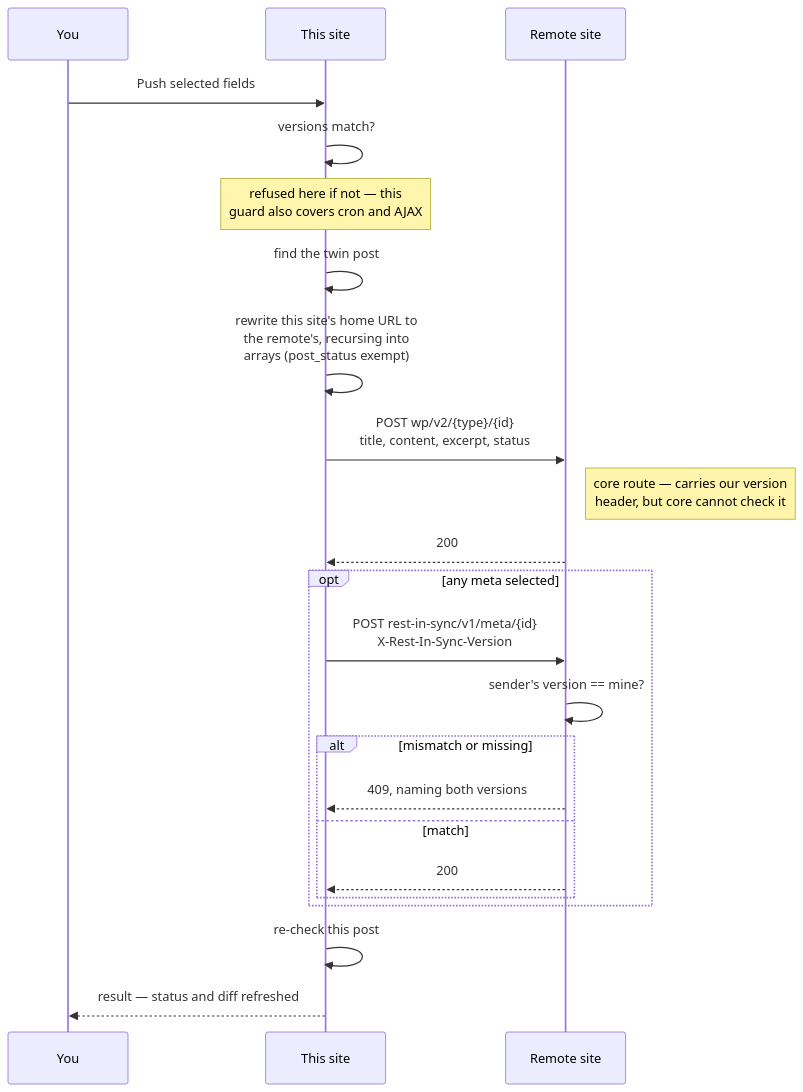
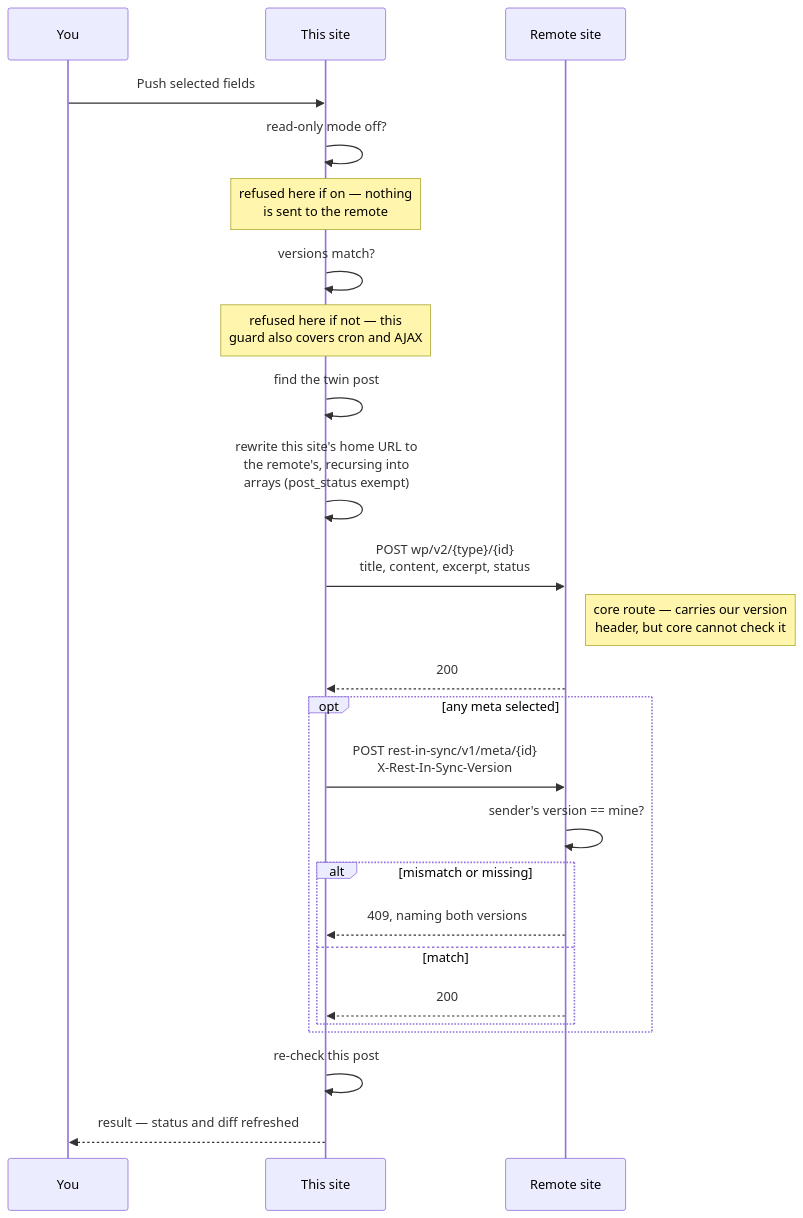
The third of 3 diagrams in README.md (lauzis/rest-in-sync), drawn with Mermaid before and after one commit. The commit also changed other lines of this file and 4 other files, not shown here.

````diff
--- a/README.md
+++ b/README.md
@@ -189,29 +197,31 @@
 ```mermaid
 sequenceDiagram
     participant U as You
     participant L as This site
     participant R as Remote site
 
     U->>L: Push selected fields
+    L->>L: read-only mode off?
+    Note over L: refused here if on — nothing<br/>is sent to the remote
     L->>L: versions match?
     Note over L: refused here if not — this<br/>guard also covers cron and AJAX
     L->>L: find the twin post
     L->>L: rewrite this site's home URL to<br/>the remote's, recursing into<br/>arrays (post_status exempt)
 
     L->>R: POST wp/v2/{type}/{id}<br/>title, content, excerpt, status
     Note right of R: core route — carries our version<br/>header, but core cannot check it
     R-->>L: 200
 
     opt any meta selected
         L->>R: POST rest-in-sync/v1/meta/{id}<br/>X-Rest-In-Sync-Version
         R->>R: sender's version == mine?
         alt mismatch or missing
             R-->>L: 409, naming both versions
         else match
             R-->>L: 200
         end
     end
 
     L->>L: re-check this post
     L-->>U: result — status and diff refreshed
 ```
````
